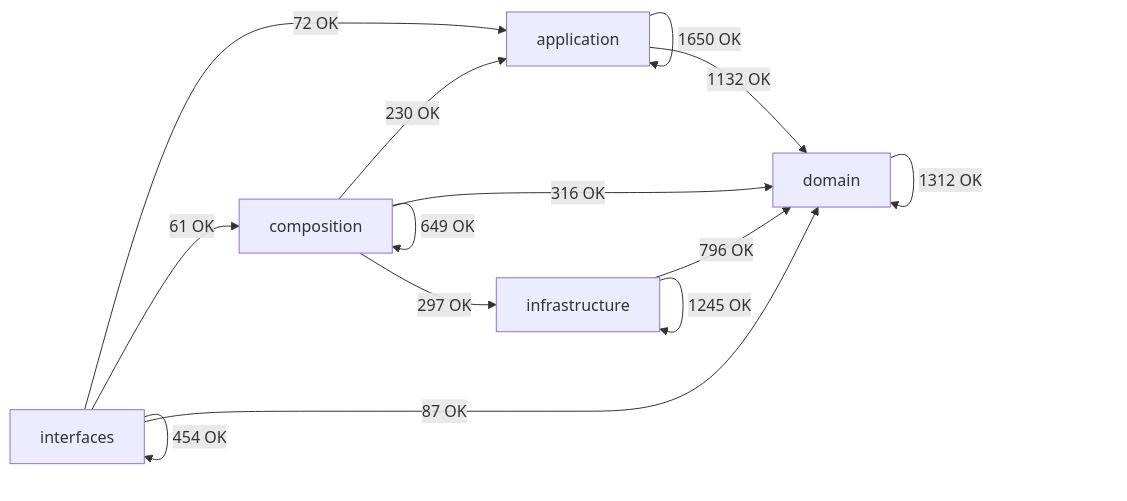
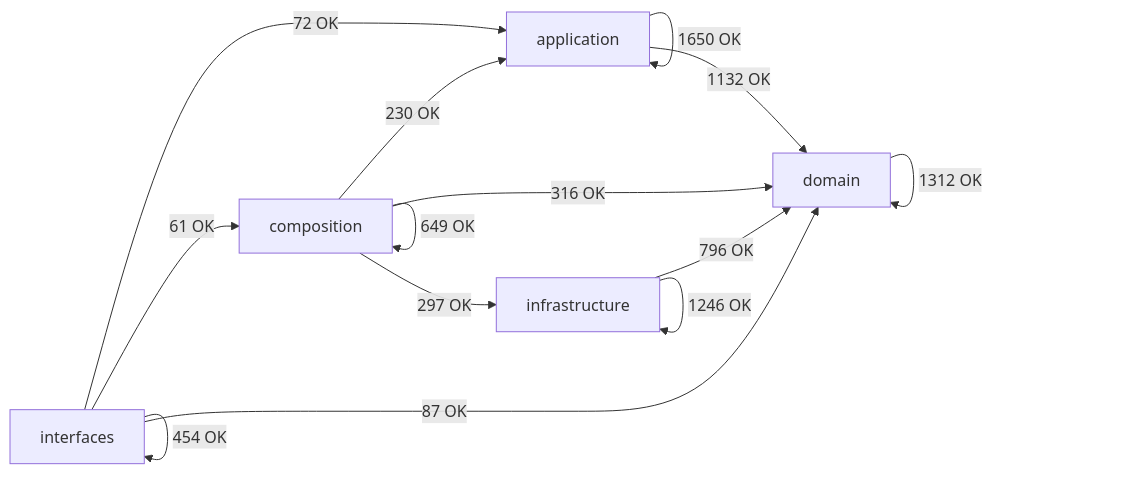
Before and after one commit to SatoryKono/BioactivityDataAcquisition: the diagram in docs/02-architecture/generated/module-dependency-map.md, drawn with Mermaid. The commit also changed other lines of this file and 1 other file, not shown here.

````diff
--- a/docs/02-architecture/generated/module-dependency-map.md
+++ b/docs/02-architecture/generated/module-dependency-map.md
@@ -17,21 +17,21 @@
 ```mermaid
 flowchart LR
     domain[domain]
     application[application]
     infrastructure[infrastructure]
     composition[composition]
     interfaces[interfaces]
     application -->|1650 OK| application
     application -->|1132 OK| domain
     composition -->|230 OK| application
     composition -->|649 OK| composition
     composition -->|316 OK| domain
     composition -->|297 OK| infrastructure
     domain -->|1312 OK| domain
     infrastructure -->|796 OK| domain
-    infrastructure -->|1245 OK| infrastructure
+    infrastructure -->|1246 OK| infrastructure
     interfaces -->|72 OK| application
     interfaces -->|61 OK| composition
     interfaces -->|87 OK| domain
     interfaces -->|454 OK| interfaces
 ```
````
